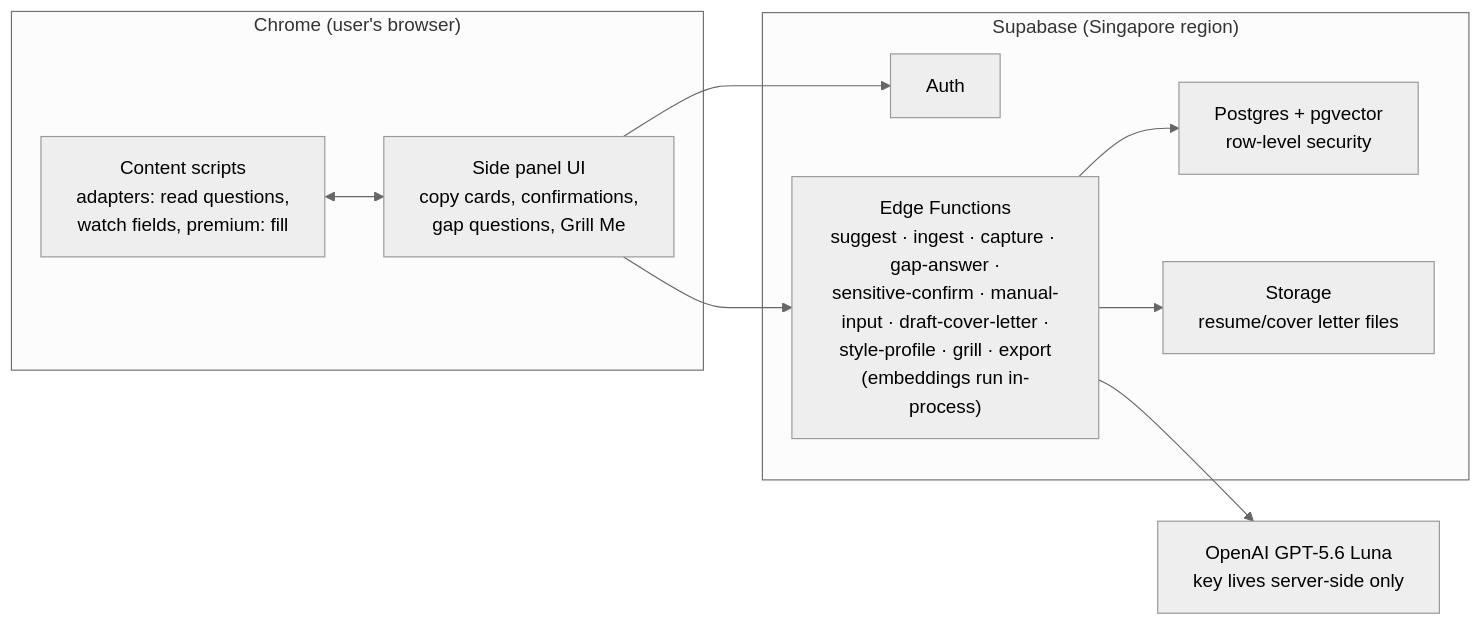
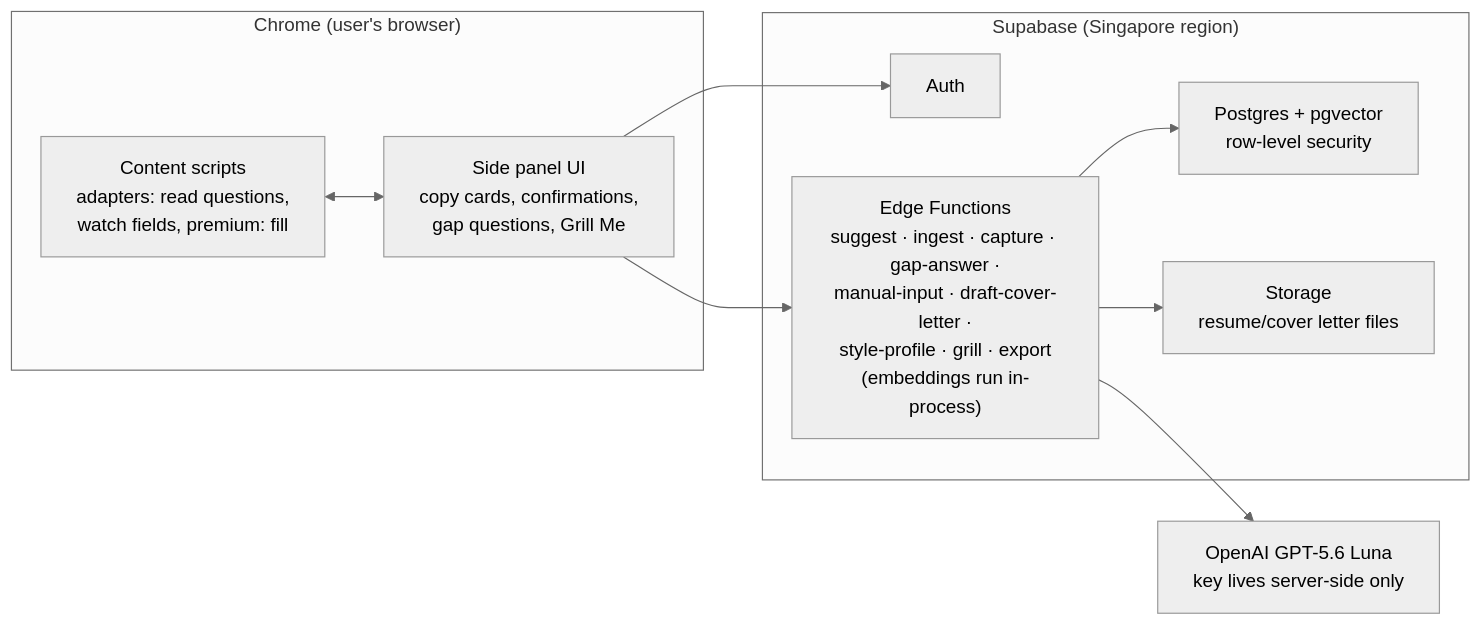
One commit to alvinleyble/jobibi changed the diagram in docs/ARCHITECTURE.md. Above: the diagram before and after it, drawn with Mermaid (neutral theme). The commit also changed other lines of this file and 6 other files, not shown here.

Commit message:
no-mistakes(document): Update docs for sensitive_facts/always-confirm retirement

````diff
--- a/docs/ARCHITECTURE.md
+++ b/docs/ARCHITECTURE.md
@@ -7,21 +7,21 @@
 ```mermaid
 flowchart LR
     subgraph Browser["Chrome (user's browser)"]
         CS["Content scripts<br/>adapters: read questions,<br/>watch fields, premium: fill"]
         SP["Side panel UI<br/>copy cards, confirmations,<br/>gap questions, Grill Me"]
     end
     subgraph Supabase["Supabase (Singapore region)"]
         AUTH["Auth"]
         DB["Postgres + pgvector<br/>row-level security"]
         STG["Storage<br/>resume/cover letter files"]
-        EF["Edge Functions<br/>suggest · ingest · capture · gap-answer ·<br/>sensitive-confirm · manual-input · draft-cover-letter ·<br/>style-profile · grill · export<br/>(embeddings run in-process)"]
+        EF["Edge Functions<br/>suggest · ingest · capture · gap-answer ·<br/>manual-input · draft-cover-letter ·<br/>style-profile · grill · export<br/>(embeddings run in-process)"]
     end
     LLM["OpenAI GPT-5.6 Luna<br/>key lives server-side only"]
 
     CS <--> SP
     SP --> EF
     EF --> DB
     EF --> STG
     EF --> LLM
     SP --> AUTH
 ```
````
